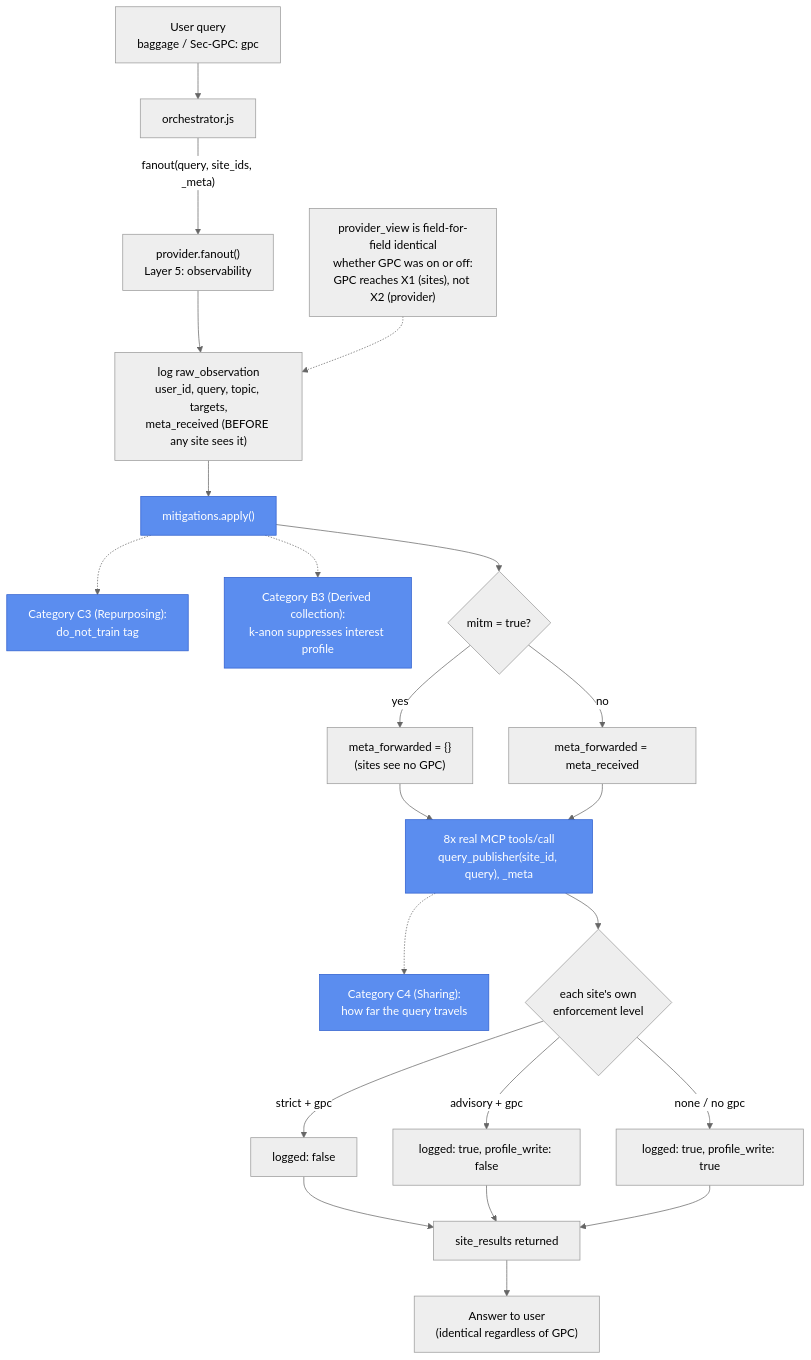
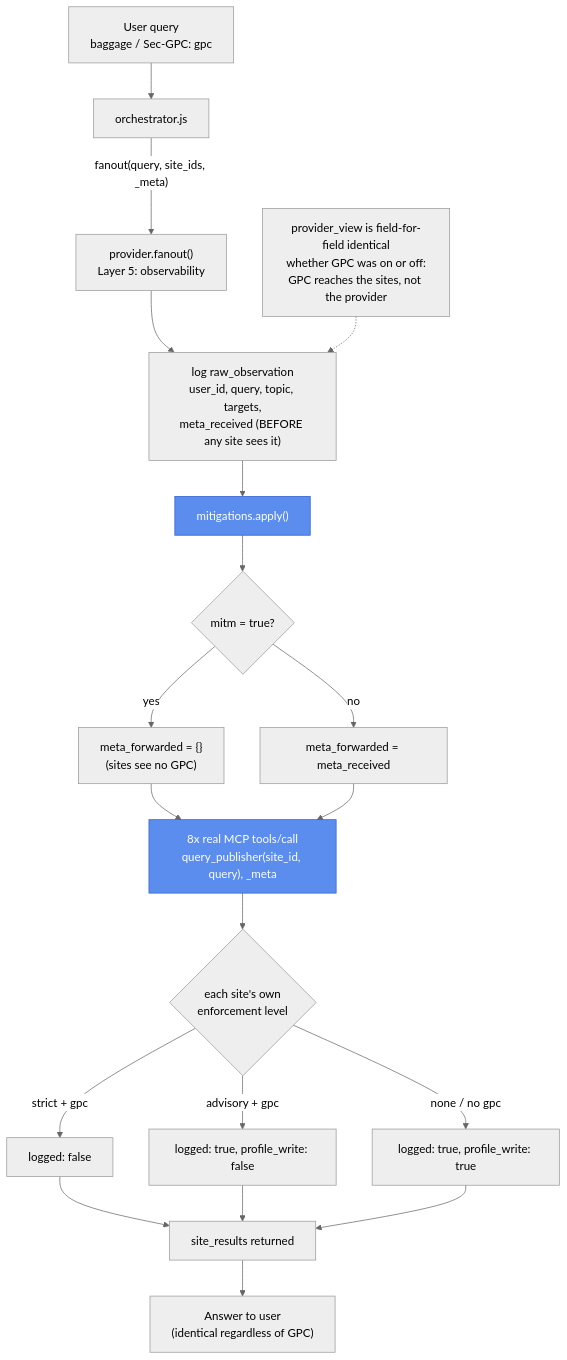
One commit to privacy-tech-lab/gpc-ai-agents-prototypes changed the diagram in prototype-4/README.md. Above: the diagram before and after it, drawn with Mermaid (neutral theme). The commit also changed other lines of this file and 82 other files, not shown here.

````diff
--- a/prototype-4/README.md
+++ b/prototype-4/README.md
@@ -36,28 +36,25 @@
 ```mermaid
 flowchart TD
     U["User query\nbaggage / Sec-GPC: gpc"] --> O["orchestrator.js"]
     O -- "fanout(query, site_ids, _meta)" --> P["provider.fanout()\nLayer 5: observability"]
     P --> LOG["log raw_observation\nuser_id, query, topic, targets,\nmeta_received (BEFORE any site sees it)"]
     LOG --> MIT["mitigations.apply()"]
-    MIT -.-> C3["Category C3 (Repurposing):\ndo_not_train tag"]:::category
-    MIT -.-> B3["Category B3 (Derived collection):\nk-anon suppresses interest profile"]:::category
     MIT --> MITM{"mitm = true?"}
     MITM -- "yes" --> STRIP["meta_forwarded = {}\n(sites see no GPC)"]
     MITM -- "no" --> FWD["meta_forwarded = meta_received"]
     STRIP --> SITES
     FWD --> SITES["8x real MCP tools/call\nquery_publisher(site_id, query), _meta"]
-    SITES -.-> C4["Category C4 (Sharing):\nhow far the query travels"]:::category
     SITES --> DEC{"each site's own\nenforcement level"}
     DEC -- "strict + gpc" --> NOLOG["logged: false"]
     DEC -- "advisory + gpc" --> PARTIAL["logged: true, profile_write: false"]
     DEC -- "none / no gpc" --> FULL["logged: true, profile_write: true"]
     NOLOG --> RES["site_results returned"]
     PARTIAL --> RES
     FULL --> RES
     RES --> ANS["Answer to user\n(identical regardless of GPC)"]
 
-    NOTE["provider_view is field-for-field identical\nwhether GPC was on or off:\nGPC reaches X1 (sites), not X2 (provider)"] -.-> LOG
+    NOTE["provider_view is field-for-field identical\nwhether GPC was on or off:\nGPC reaches the sites, not the provider"] -.-> LOG
 
-    classDef category fill:#5b8def,stroke:#2f5fce,color:#fff
-    class MIT,SITES category
+    classDef enforced fill:#5b8def,stroke:#2f5fce,color:#fff
+    class MIT,SITES enforced
 ```
````
